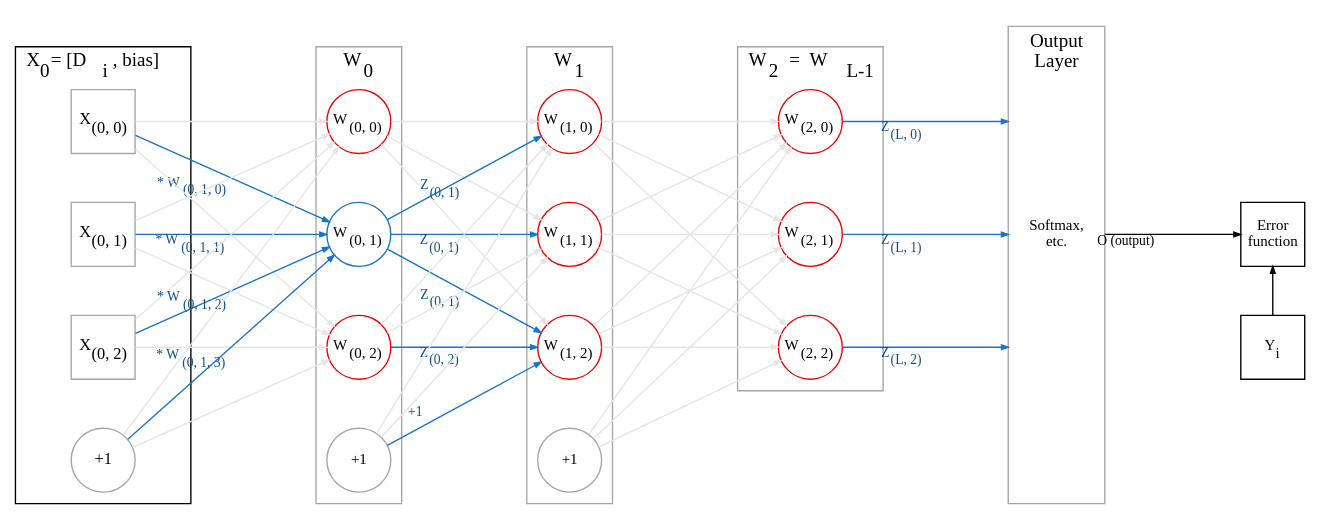
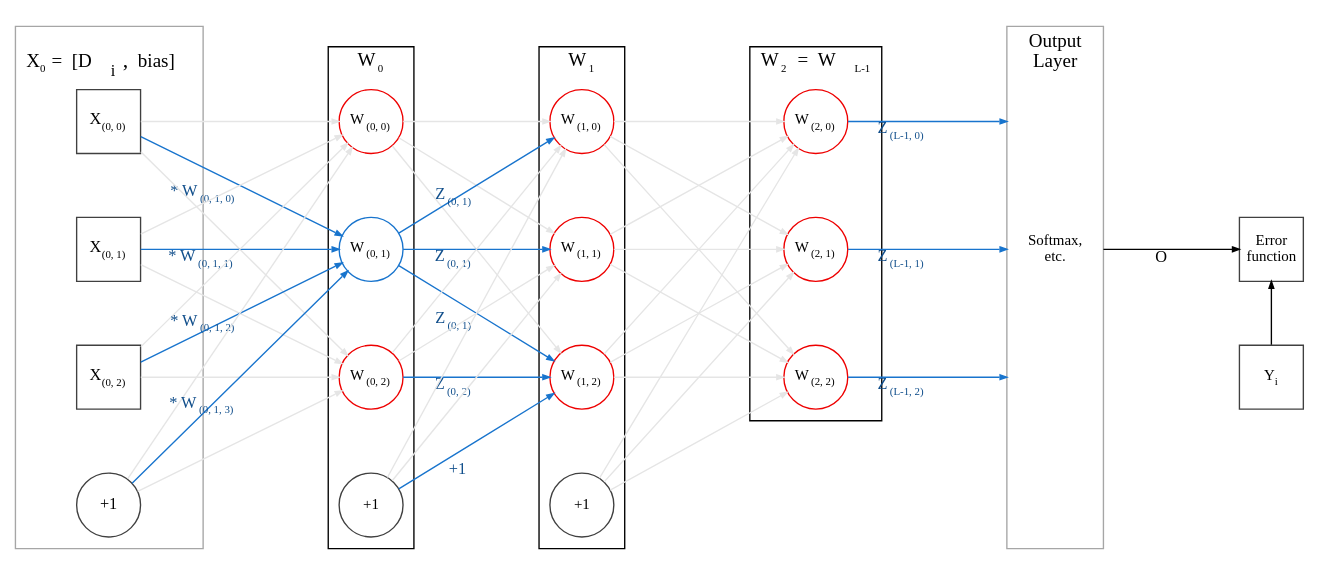
The diagram in .gitbook/assets/img/neural-networks/basic-feedforward-network-terminology.dot (ARDivekar/Simple-English-Machine-Learning), drawn with Graphviz before and after one commit. The commit also changed 2 other files, not shown here.

```diff
--- a/.gitbook/assets/img/neural-networks/basic-feedforward-network-terminology.dot
+++ b/.gitbook/assets/img/neural-networks/basic-feedforward-network-terminology.dot
@@ -1,191 +1,192 @@
 digraph NeuralNetwork {
 
     rankdir=LR;
     ranksep=1.5;
     newrank=true;
     splines=line;
-    nodesep=0.5;
+    nodesep=0.65;
     forcelabels=true;
     node[
         // label="",
         fixedsize=true, 
         width=0.65,
         height=0.65,
         fontsize=11, 
         shape=circle
     ];
-    edge[color=gray90, arrowsize=0.5, fontsize = 10];
+    edge[color=gray90, arrowsize=0.5, fontsize = 12];
     compound=true;
     
     subgraph cluster_X {
-        label=<X<sub>0</sub> = [D<sub>i</sub>  , bias]>;
-        node [style=solid, color=grey65, shape=square, fontsize=12];
+        label=<<br/>X<font point-size="8"><sub>0</sub></font>  =  [D<font point-size="12"><sub>i</sub></font> <font point-size="16">, </font> bias]>;
+        color=grey65;
+        node [style=solid, color=grey25, shape=square, fontsize=12];
         // Nodes:
-        x0 [label=<X<sub>(0, 0)</sub>>]
-        x1 [label=<X<sub>(0, 1)</sub>>]
-        x2 [label=<X<sub>(0, 2)</sub>>]
-        x_bias [label="+1", color=grey65, shape=circle]
+        x0 [label=<X<font point-size="8"><sub>(0, 0)</sub></font>>]
+        x1 [label=<X<font point-size="8"><sub>(0, 1)</sub></font>>]
+        x2 [label=<X<font point-size="8"><sub>(0, 2)</sub></font>>]
+        x_bias [label="+1", color=grey25, shape=circle]
     }
 
     subgraph cluster_W_0 {
-		label = <W<sub>0</sub>>;
-		color=grey65;
+		label = <W<font point-size="8"><sub>0</sub></font>>;
+		color=black;
         // Nodes:
 		node [style=solid, color=red2];
-        w00 [label=<W<sub>(0, 0)</sub>>];
-		w01 [label=<W<sub>(0, 1)</sub>>, color=dodgerblue3];
-        w02 [label=<W<sub>(0, 2)</sub>>];
-        w0_bias [label="+1", color=grey65]
+        w00 [label=<W<font point-size="8"><sub>(0, 0)</sub></font>>];
+		w01 [label=<W<font point-size="8"><sub>(0, 1)</sub></font>>, color=dodgerblue3];
+        w02 [label=<W<font point-size="8"><sub>(0, 2)</sub></font>>];
+        w0_bias [label="+1", color=grey25]
 	}
 
     subgraph cluster_W_1 {
-		label = <W<sub>1</sub>>;
-		color=grey65;
+		label = <W<font point-size="8"><sub>1</sub></font>>;
+		color=black;
         // Nodes:
 		node [style=solid, color=red2];
-        w10 [label=<W<sub>(1, 0)</sub>>];
-		w11 [label=<W<sub>(1, 1)</sub>>];
-        w12 [label=<W<sub>(1, 2)</sub>>];
-        w1_bias [label="+1", color=grey65]
+        w10 [label=<W<font point-size="8"><sub>(1, 0)</sub></font>>];
+		w11 [label=<W<font point-size="8"><sub>(1, 1)</sub></font>>];
+        w12 [label=<W<font point-size="8"><sub>(1, 2)</sub></font>>];
+        w1_bias [label="+1", color=grey25]
 	}
 
     subgraph cluster_W_2 {
-		label = <W<sub>2</sub>   =  W<sub>L-1</sub>>;
-		color=grey65;
+		label = <W<font point-size="8"><sub>2</sub></font>   =  W<font point-size="8"><sub>L-1</sub></font>>;
+		color=black;
         // Nodes:
 		node [style=solid, color=red2];
-        w20 [label=<W<sub>(2, 0)</sub>>];
-		w21 [label=<W<sub>(2, 1)</sub>>];
-        w22 [label=<W<sub>(2, 2)</sub>>];
+        w20 [label=<W<font point-size="8"><sub>(2, 0)</sub></font>>];
+		w21 [label=<W<font point-size="8"><sub>(2, 1)</sub></font>>];
+        w22 [label=<W<font point-size="8"><sub>(2, 2)</sub></font>>];
         // w2_bias [label="", style=invis]
 	}
 
     subgraph cluster_W_2_bias {
 		label=""
         color=white;
         w2_bias [label="", style=invis]
 	}
 
 
 
     subgraph cluster_output_layer {
 		label = "Output \nLayer";
 		color=grey65;
         // Nodes:
 		node [style=solid, shape=none];
         o0 [label=""]
         o1 [label="Softmax,\netc."]
         o2 [label=""]
         o3 [label=""]
 	}
 
     subgraph cluster_error_function {
         rank=same;
         color=white;
         label="";
-        node [style=solid, color=black, shape=square];
+        node [style=solid, color=grey25, shape=square];
         e0 [style=invis]
         e1 [label="Error\n function"]
-        y [label=<Y<sub>i</sub>>]
+        y [label=<Y<font point-size="8"><sub>i</sub></font>>, color=grey25]
         e3 [style=invis]
         {
             e3 -> y [style=invis]
             y -> e1 [color=black]
             e1 -> e0 [style=invis]
         }
     }
 
     { x0 x1 x2 x_bias } -> { w00 }
     { x0 x1 x2 x_bias } -> { w02 }
     { x0 x1 x2 x_bias } -> { w0_bias } [style=invis]
     
-    x0 -> w01 [xlabel=<* W<sub>(0, 1, 0)</sub>>, color=dodgerblue3, fontcolor=dodgerblue4] 
-    x1 -> w01 [xlabel=<* W<sub>(0, 1, 1)</sub>>, color=dodgerblue3, fontcolor=dodgerblue4] 
-    x2 -> w01 [xlabel=<* W<sub>(0, 1, 2)</sub>>, color=dodgerblue3, fontcolor=dodgerblue4] 
-    x_bias -> w01 [xlabel=<* W<sub>(0, 1, 3)</sub>>, color=dodgerblue3, fontcolor=dodgerblue4] 
+    x0 -> w01 [xlabel=<* W<font point-size="8"><sub>(0, 1, 0)</sub></font>>, color=dodgerblue3, fontcolor=dodgerblue4] 
+    x1 -> w01 [xlabel=<* W<font point-size="8"><sub>(0, 1, 1)</sub></font>>, color=dodgerblue3, fontcolor=dodgerblue4] 
+    x2 -> w01 [xlabel=<* W<font point-size="8"><sub>(0, 1, 2)</sub></font>>, color=dodgerblue3, fontcolor=dodgerblue4] 
+    x_bias -> w01 [xlabel=<<br/>* W<font point-size="8"><sub>(0, 1, 3)</sub></font>>, color=dodgerblue3, fontcolor=dodgerblue4] 
 
     // Between W0 and W1:
     { w00 } -> { w10 w11 w12 }
     w02 -> w10 
     w02 -> w11 
-    w01 -> w10 [xlabel=<Z<sub>(0, 1)</sub>>, color=dodgerblue3, fontcolor=dodgerblue4]
-    w01 -> w11 [xlabel=<Z<sub>(0, 1)</sub>>, color=dodgerblue3, fontcolor=dodgerblue4]
-    w01 -> w12 [xlabel=<Z<sub>(0, 1)</sub>>, color=dodgerblue3, fontcolor=dodgerblue4]
+    w01 -> w10 [xlabel=<Z<font point-size="8"><sub>(0, 1)</sub></font>>, color=dodgerblue3, fontcolor=dodgerblue4]
+    w01 -> w11 [xlabel=<Z<font point-size="8"><sub>(0, 1)</sub></font>>, color=dodgerblue3, fontcolor=dodgerblue4]
+    w01 -> w12 [xlabel=<Z<font point-size="8"><sub>(0, 1)</sub></font>>, color=dodgerblue3, fontcolor=dodgerblue4]
     { w00 w01 w02 w0_bias } -> { w1_bias } [style=invis]
-    w02 -> w12 [xlabel=<Z<sub>(0, 2)</sub>>, color=dodgerblue3, fontcolor=dodgerblue4]
+    w02 -> w12 [xlabel=<Z<font point-size="8"><sub>(0, 2)</sub></font>>, color=dodgerblue3, fontcolor=dodgerblue4]
     w0_bias -> {w10 w11}
-    w0_bias -> w12 [xlabel=<+1        >, color=dodgerblue3, fontcolor=dodgerblue4]
+    w0_bias -> w12 [xlabel=<<br/>+1>, color=dodgerblue3, fontcolor=dodgerblue4]
     
     // Between W1 and W2:
     { w10 w11 w12 w1_bias} -> { w20 w21 w22 }
     
     // Between W2 and Output layer:
     { w10 w11 w12 w1_bias} -> { w2_bias } -> { o0 o1 o2 o3 } [style=invis]
 
     
-    w20 -> o0 [lhead=cluster_output_layer, color=dodgerblue3, xlabel=<Z<sub>(L, 0)</sub>>, fontcolor=dodgerblue4]
+    w20 -> o0 [lhead=cluster_output_layer, color=dodgerblue3, xlabel=<Z<font point-size="8"><sub>(L-1, 0)</sub></font>>, fontcolor=dodgerblue4]
     w20 -> {o1 o2}[style = invis]
 
-    w21 -> o1 [lhead=cluster_output_layer, color=dodgerblue3, xlabel=<Z<sub>(L, 1)</sub>>, fontcolor=dodgerblue4]
+    w21 -> o1 [lhead=cluster_output_layer, color=dodgerblue3, xlabel=<Z<font point-size="8"><sub>(L-1, 1)</sub></font>>, fontcolor=dodgerblue4]
     w21 -> {o0 o2}[style = invis]
 
-    w22 -> o2 [lhead=cluster_output_layer, color=dodgerblue3, xlabel=<Z<sub>(L, 2)</sub>>, fontcolor=dodgerblue4]
+    w22 -> o2 [lhead=cluster_output_layer, color=dodgerblue3, xlabel=<Z<font point-size="8"><sub>(L-1, 2)</sub></font>>, fontcolor=dodgerblue4, ]
     w22 -> {o0 o1}[style = invis]
 
-    o1 -> e1 [color = black, ltail=cluster_output_layer, xlabel=<O (output)>]
+    o1 -> e1 [color = black, ltail=cluster_output_layer, xlabel="O"]
 
     {
         rank=same;
         x_bias
         -> 
         x2
         -> 
         x1 
         -> 
         x0 
         [style=invis]
     }
 
     {
         rank=same;
         w0_bias 
         -> 
         w02 
         -> 
         w01 
         -> 
         w00
         [style=invis]
     }
 
     {
         rank=same;
         w1_bias 
         -> 
         w12 
         -> 
         w11 
         -> 
         w10
         [style=invis]
     }
 
 
     {
         rank=same; 
         w2_bias 
         ->
         w22 [style=invis]
          
         w21 
         -> 
         w20
         [style=invis]
     }
 
      {
         rank=same;
         o3 -> o2 -> o1 -> o0
         [style=invis]
     }
 }
```
